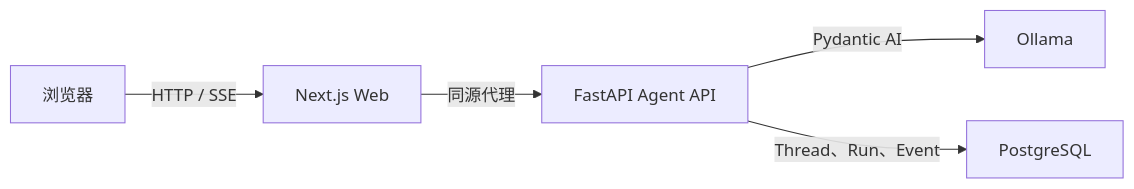
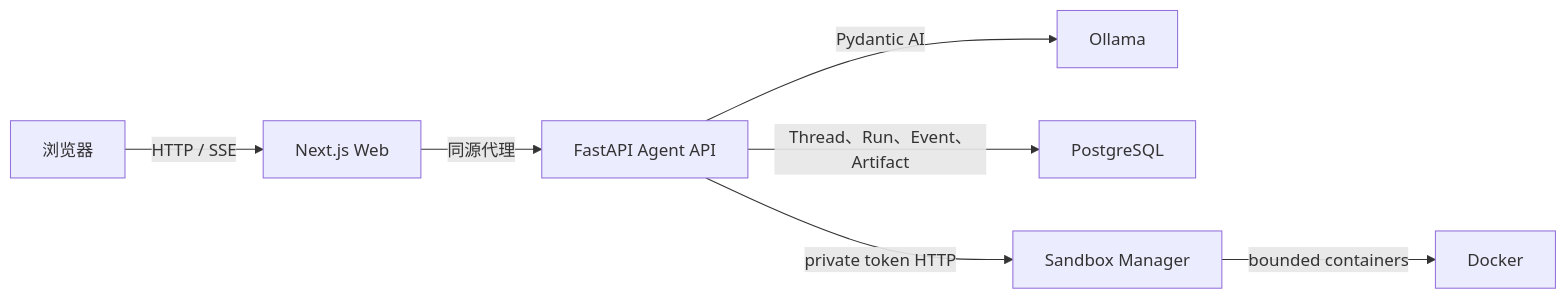
The diagram in README.zh-CN.md (TheHtmler/AgentOS), drawn with Mermaid before and after one commit. The commit also changed other lines of this file and 31 other files, not shown here.

````diff
--- a/README.zh-CN.md
+++ b/README.zh-CN.md
@@ -31,7 +33,9 @@
 ```mermaid
 flowchart LR
     Browser["浏览器"] -->|"HTTP / SSE"| Web["Next.js Web"]
     Web -->|"同源代理"| API["FastAPI Agent API"]
     API -->|"Pydantic AI"| Ollama["Ollama"]
-    API -->|"Thread、Run、Event"| PostgreSQL["PostgreSQL"]
+    API -->|"Thread、Run、Event、Artifact"| PostgreSQL["PostgreSQL"]
+    API -->|"private token HTTP"| Sandbox["Sandbox Manager"]
+    Sandbox -->|"bounded containers"| Docker["Docker"]
 ```
````
